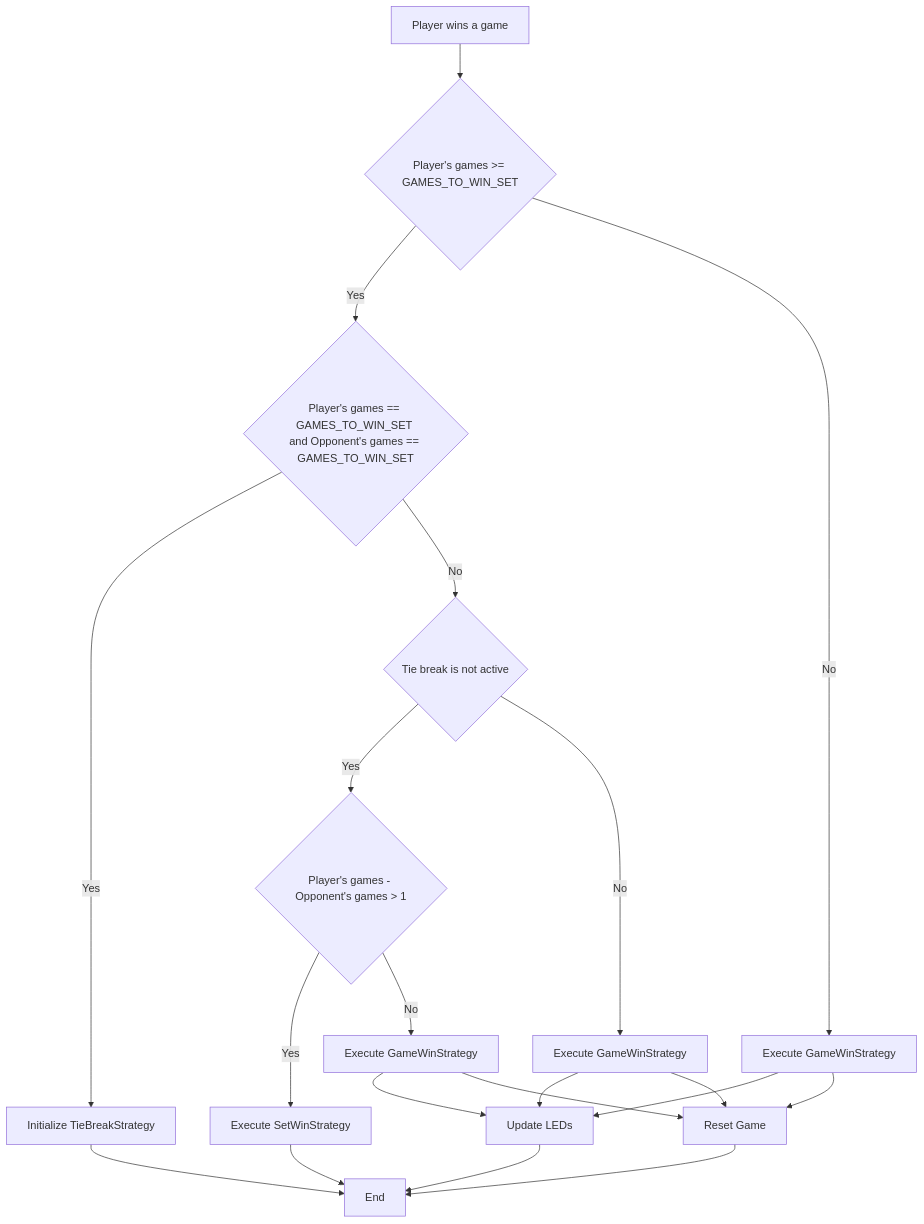
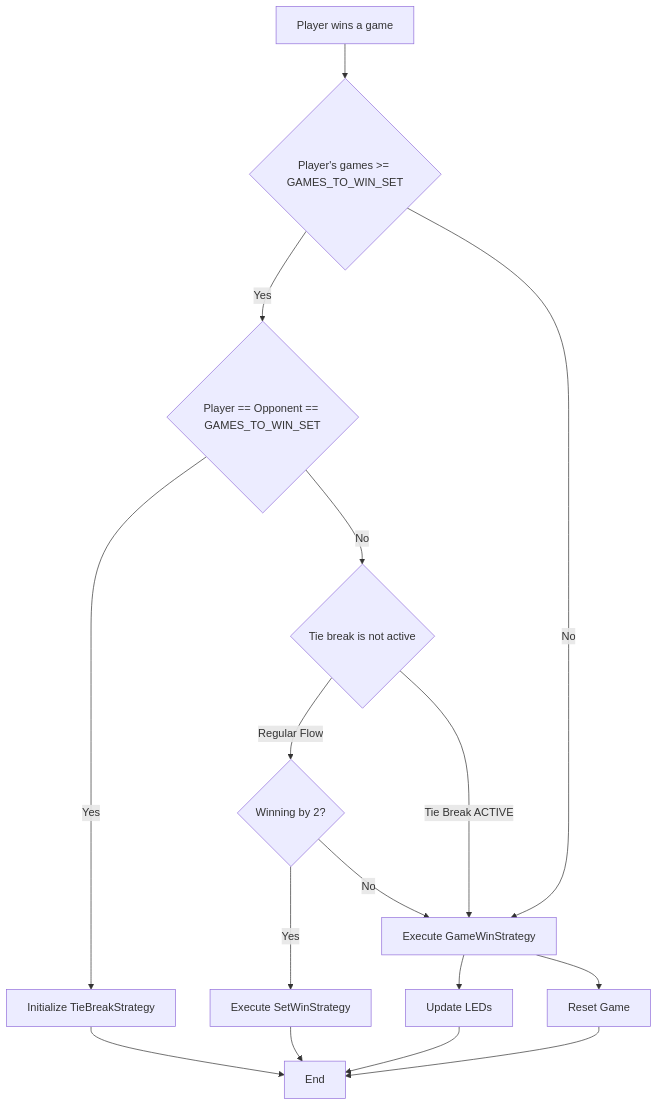
The diagram in tennis-game/Mode1Score/strategy_flow.md (EGAdams/rpi-rgb-led-matrix), drawn with Mermaid before and after one commit. The commit also changed other lines of this file and 45 other files, not shown here.

````diff
--- a/tennis-game/Mode1Score/strategy_flow.md
+++ b/tennis-game/Mode1Score/strategy_flow.md
@@ -1,23 +4,19 @@
 ```mermaid
 graph TD
     A[Player wins a game] --> B{Player's games >= GAMES_TO_WIN_SET}
-    B -->|Yes| C{Player's games == GAMES_TO_WIN_SET and Opponent's games == GAMES_TO_WIN_SET}
-    B -->|No| D1[Execute GameWinStrategy]
+    B -->|Yes| C{Player == Opponent == GAMES_TO_WIN_SET}
+    B -->|No| D[Execute GameWinStrategy]
     C -->|Yes| E[Initialize TieBreakStrategy]
     C -->|No| F{Tie break is not active}
-    F -->|Yes| G{Player's games - Opponent's games > 1}
+    F -->|Regular Flow | G{Winning by 2?}
     G -->|Yes| H[Execute SetWinStrategy]
-    G -->|No| I[Execute GameWinStrategy]
-    F -->|No| J[Execute GameWinStrategy]
-    D1 --> K[Update LEDs]
-    D1 --> L[Reset Game]
-    I --> K
-    I --> L
-    J --> K
-    J --> L
+    G -->|No| D
+    F -->|Tie Break ACTIVE| D
+    D --> K[Update LEDs]
+    D --> L[Reset Game]
     E --> M[End]
     H --> M
     K --> M
     L --> M
 
 ```
````
